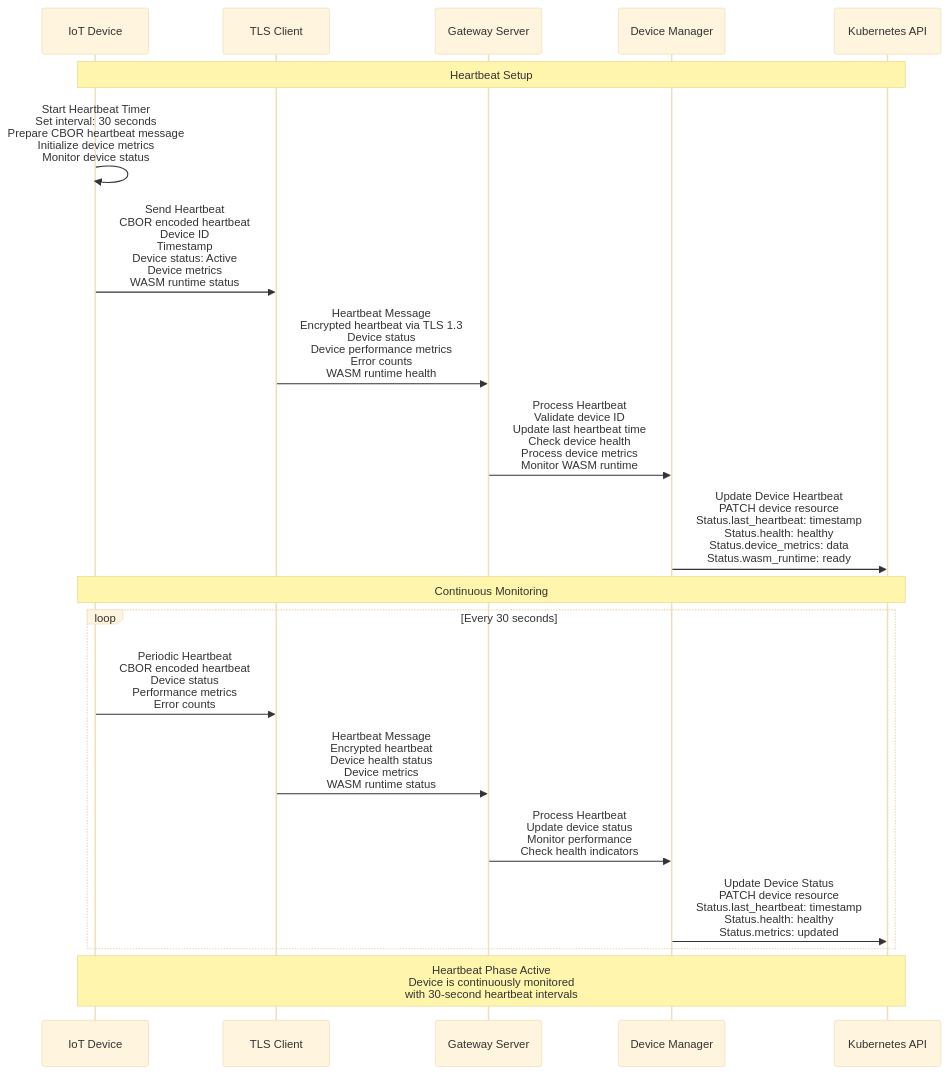
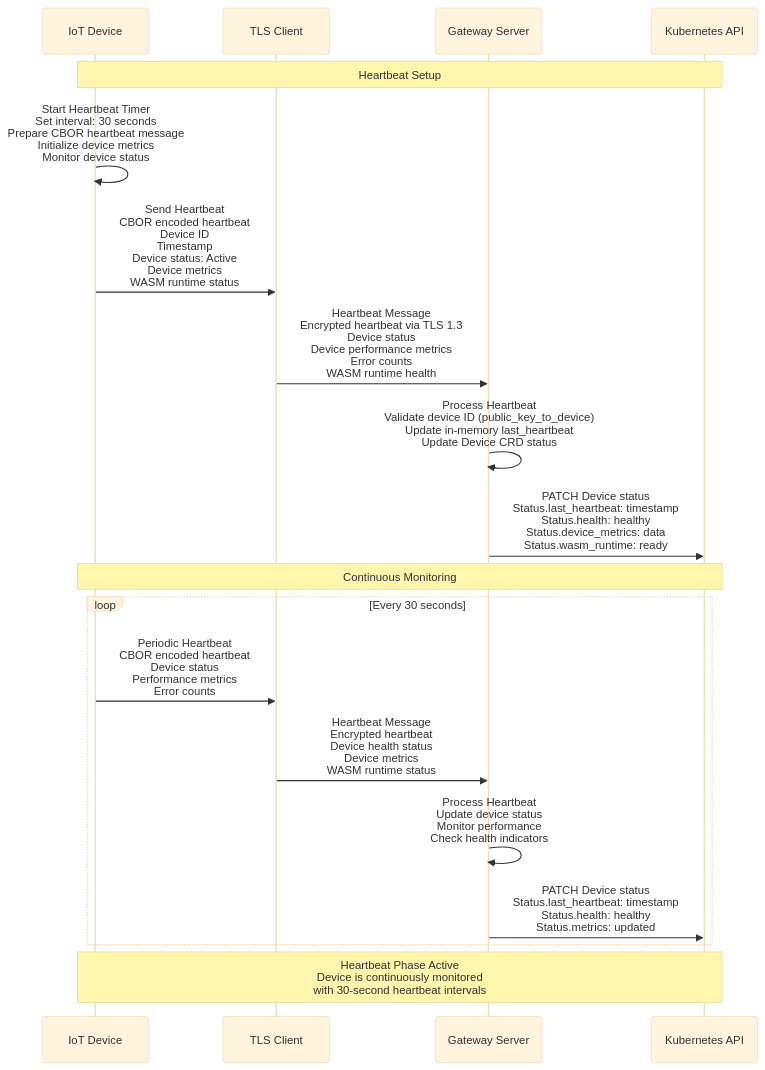
The fifth of 13 diagrams in doc/SEQUENCE_DIAGRAMS.md (lucadagati/retrospect), drawn with Mermaid (base theme) before and after one commit. The commit also changed other lines of this file and 39 other files, not shown here.

````diff
--- a/doc/SEQUENCE_DIAGRAMS.md
+++ b/doc/SEQUENCE_DIAGRAMS.md
@@ -209,27 +213,26 @@
 ```mermaid
 sequenceDiagram
     participant MCU as IoT Device
     participant TLS_CLIENT as TLS Client
     participant GATEWAY as Gateway Server
-    participant DEVICE_MGR as Device Manager
     participant K8S_API as Kubernetes API
 
     Note over MCU,K8S_API: Heartbeat Setup
 
     MCU->>MCU: Start Heartbeat Timer<br/>Set interval: 30 seconds<br/>Prepare CBOR heartbeat message<br/>Initialize device metrics<br/>Monitor device status
     MCU->>TLS_CLIENT: Send Heartbeat<br/>CBOR encoded heartbeat<br/>Device ID<br/>Timestamp<br/>Device status: Active<br/>Device metrics<br/>WASM runtime status
     TLS_CLIENT->>GATEWAY: Heartbeat Message<br/>Encrypted heartbeat via TLS 1.3<br/>Device status<br/>Device performance metrics<br/>Error counts<br/>WASM runtime health
-    GATEWAY->>DEVICE_MGR: Process Heartbeat<br/>Validate device ID<br/>Update last heartbeat time<br/>Check device health<br/>Process device metrics<br/>Monitor WASM runtime
-    DEVICE_MGR->>K8S_API: Update Device Heartbeat<br/>PATCH device resource<br/>Status.last_heartbeat: timestamp<br/>Status.health: healthy<br/>Status.device_metrics: data<br/>Status.wasm_runtime: ready
+    GATEWAY->>GATEWAY: Process Heartbeat<br/>Validate device ID (public_key_to_device)<br/>Update in-memory last_heartbeat<br/>Update Device CRD status
+    GATEWAY->>K8S_API: PATCH Device status<br/>Status.last_heartbeat: timestamp<br/>Status.health: healthy<br/>Status.device_metrics: data<br/>Status.wasm_runtime: ready
 
     Note over MCU,K8S_API: Continuous Monitoring
 
     loop Every 30 seconds
         MCU->>TLS_CLIENT: Periodic Heartbeat<br/>CBOR encoded heartbeat<br/>Device status<br/>Performance metrics<br/>Error counts
         TLS_CLIENT->>GATEWAY: Heartbeat Message<br/>Encrypted heartbeat<br/>Device health status<br/>Device metrics<br/>WASM runtime status
-        GATEWAY->>DEVICE_MGR: Process Heartbeat<br/>Update device status<br/>Monitor performance<br/>Check health indicators
-        DEVICE_MGR->>K8S_API: Update Device Status<br/>PATCH device resource<br/>Status.last_heartbeat: timestamp<br/>Status.health: healthy<br/>Status.metrics: updated
+        GATEWAY->>GATEWAY: Process Heartbeat<br/>Update device status<br/>Monitor performance<br/>Check health indicators
+        GATEWAY->>K8S_API: PATCH Device status<br/>Status.last_heartbeat: timestamp<br/>Status.health: healthy<br/>Status.metrics: updated
     end
 
     Note over MCU,K8S_API: Heartbeat Phase Active<br/>Device is continuously monitored<br/>with 30-second heartbeat intervals
 ```
````
